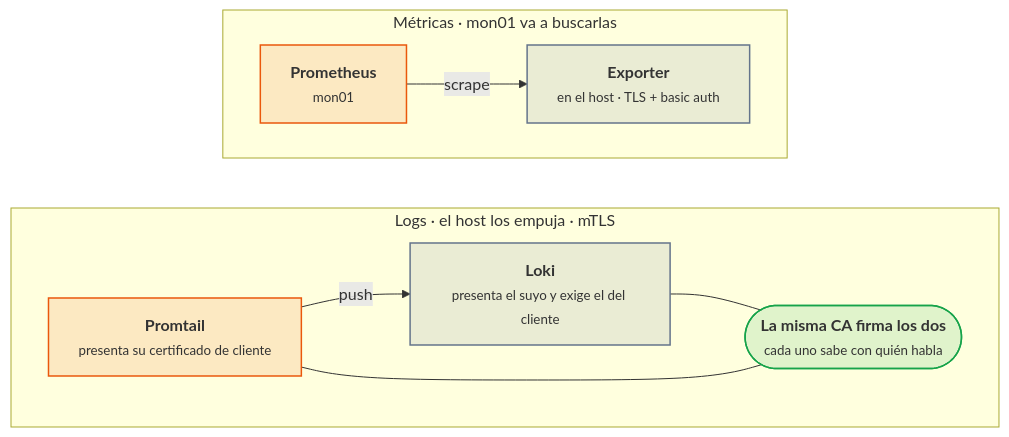
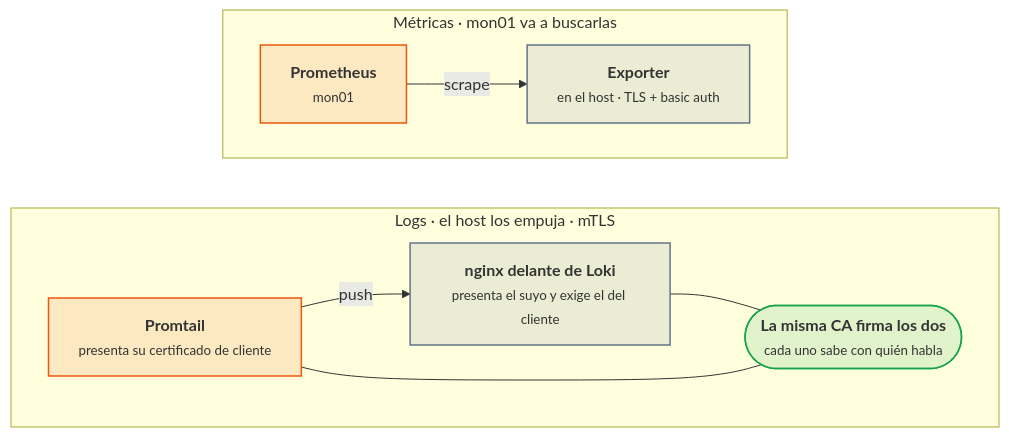
The fifth of 5 diagrams in docs/ut/ut3-seguridad-monitorizacion.md (victor-educ/apuntes-5169), drawn with Mermaid before and after one commit. The commit also changed other lines of this file and 17 other files, not shown here.

````diff
--- a/docs/ut/ut3-seguridad-monitorizacion.md
+++ b/docs/ut/ut3-seguridad-monitorizacion.md
@@ -771,25 +813,25 @@
 ```mermaid
 flowchart TB
     subgraph N["Métricas · mon01 va a buscarlas"]
         direction LR
         P["<b>Prometheus</b><br><small>mon01</small>"]:::act
         E["<b>Exporter</b><br><small>en el host · TLS + basic auth</small>"]:::pieza
         P -- "scrape" --> E
     end
     subgraph M["Logs · el host los empuja · mTLS"]
         direction LR
         PT["<b>Promtail</b><br><small>presenta su certificado de cliente</small>"]:::act
-        L["<b>Loki</b><br><small>presenta el suyo y exige el del cliente</small>"]:::pieza
+        L["<b>nginx delante de Loki</b><br><small>presenta el suyo y exige el del cliente</small>"]:::pieza
         CA(["<b>La misma CA firma los dos</b><br><small>cada uno sabe con quién habla</small>"]):::ok
         PT -- "push" --> L
         L --- CA
         PT --- CA
     end
     N ~~~ M
     classDef act fill:#ea580c22,stroke:#ea580c,stroke-width:1.5px
     classDef pieza fill:#64748b22,stroke:#64748b,stroke-width:1.5px
     classDef dato fill:#2563eb22,stroke:#2563eb,stroke-width:1.5px
     classDef infra fill:#a1a1aa14,stroke:#a1a1aa,stroke-width:1.5px
     classDef ok fill:#16a34a22,stroke:#16a34a,stroke-width:1.5px
     classDef riesgo fill:#dc262622,stroke:#dc2626,stroke-width:1.5px
 ```
````
